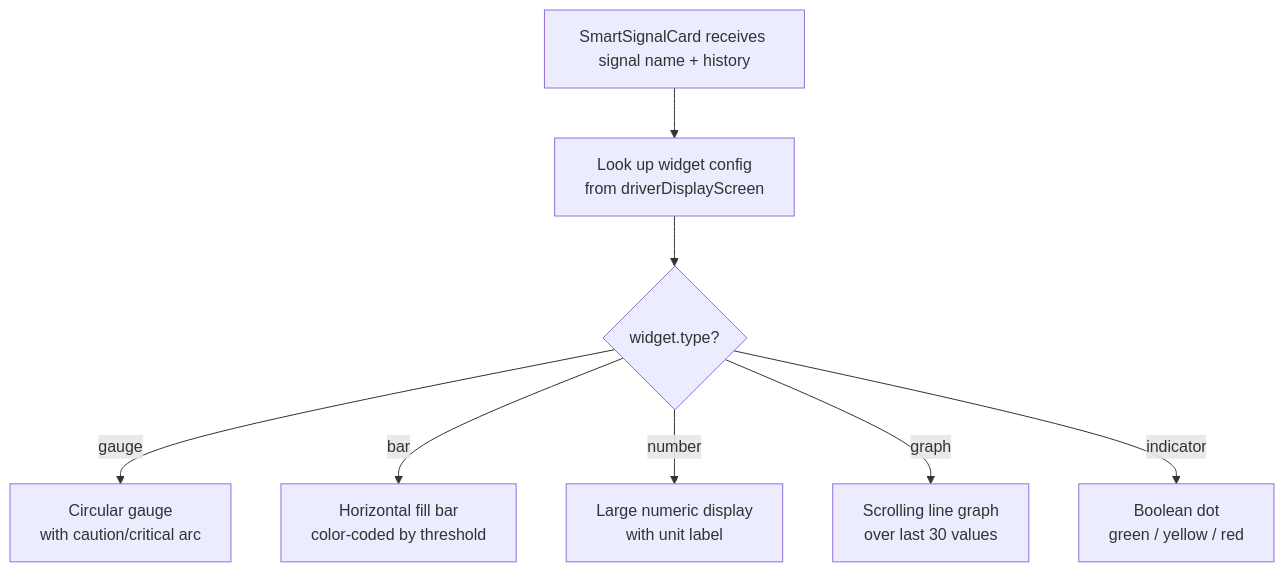
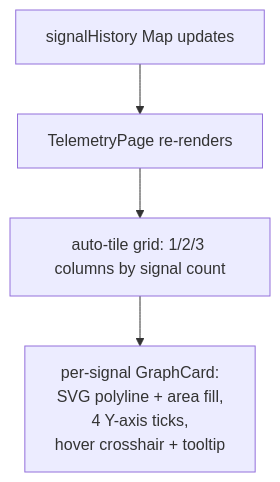
Before and after one commit to evilspoon13/track-web: the sixth of 11 diagrams in documentation/data-flows.md, drawn with Mermaid. The commit also changed other lines of this file and 36 other files, not shown here.

````diff
--- a/documentation/data-flows.md
+++ b/documentation/data-flows.md
@@ -144,10 +170,6 @@
 ```mermaid
 flowchart TD
-    A[SmartSignalCard receives signal name + history] --> B[Look up widget config\nfrom driverDisplayScreen]
-    B --> C{widget.type?}
-    C -- gauge --> D[Circular gauge\nwith caution/critical arc]
-    C -- bar --> E[Horizontal fill bar\ncolor-coded by threshold]
-    C -- number --> F[Large numeric display\nwith unit label]
-    C -- graph --> G[Scrolling line graph\nover last 30 values]
-    C -- indicator --> H[Boolean dot\ngreen / yellow / red]
+    A[signalHistory Map updates] --> B[TelemetryPage re-renders]
+    B --> C[auto-tile grid: 1/2/3 columns by signal count]
+    C --> D[per-signal GraphCard:<br/>SVG polyline + area fill,<br/>4 Y-axis ticks,<br/>hover crosshair + tooltip]
 ```
````
